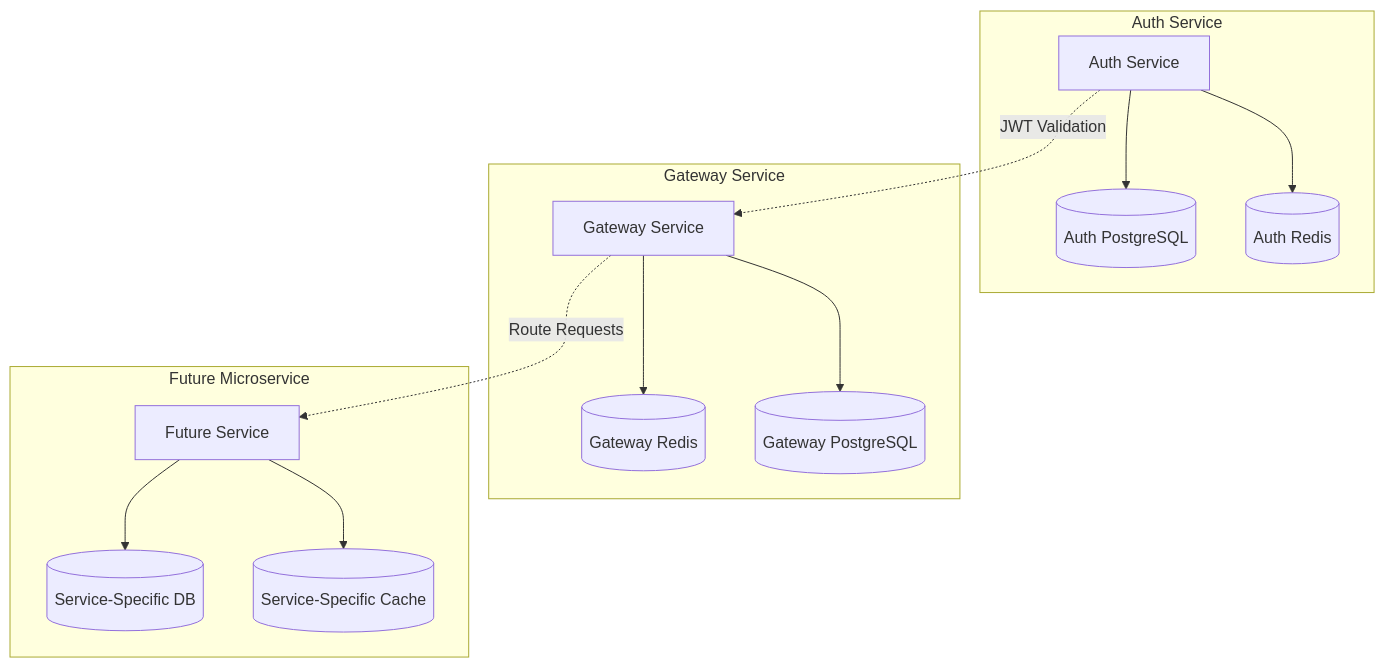
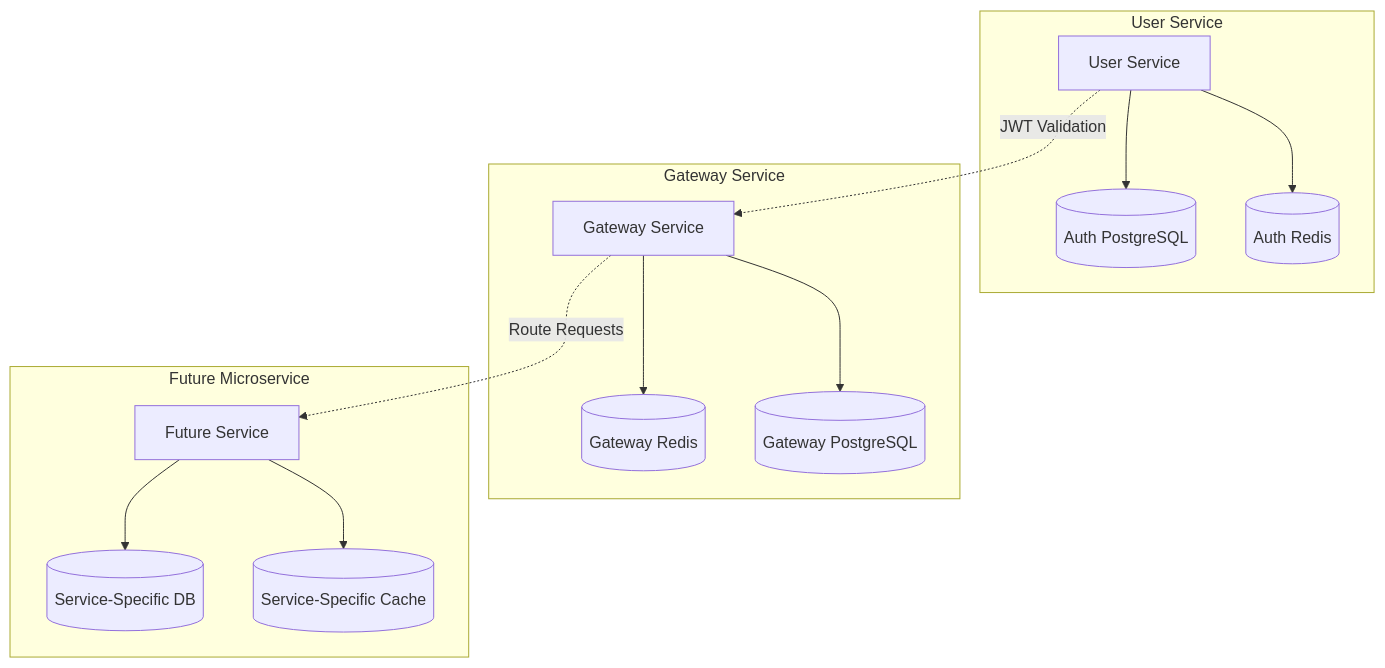
One commit to IQKV/microservices-platform changed the third of 3 diagrams in .kiro/specs/establish-microservices-platform-api-gateway-and-auth/design.md. Above: the diagram before and after it, drawn with Mermaid. The commit also changed other lines of this file and 229 other files, not shown here.

Commit message:
chore: migrate to user-service naming

````diff
--- a/.kiro/specs/establish-microservices-platform-api-gateway-and-auth/design.md
+++ b/.kiro/specs/establish-microservices-platform-api-gateway-and-auth/design.md
@@ -3259,20 +3259,20 @@
 ```mermaid
 graph TB
-    subgraph "Auth Service"
-        AuthService[Auth Service] --> AuthDB[(Auth PostgreSQL)]
+    subgraph "User Service"
+        AuthService[User Service] --> AuthDB[(Auth PostgreSQL)]
         AuthService --> AuthRedis[(Auth Redis)]
     end
 
     subgraph "Gateway Service"
         GatewayService[Gateway Service] --> GatewayRedis[(Gateway Redis)]
         GatewayService --> GatewayDB[(Gateway PostgreSQL)]
     end
 
     subgraph "Future Microservice"
         FutureService[Future Service] --> FutureDB[(Service-Specific DB)]
         FutureService --> FutureCache[(Service-Specific Cache)]
     end
 
     AuthService -.->|JWT Validation| GatewayService
     GatewayService -.->|Route Requests| FutureService
 ```
````
